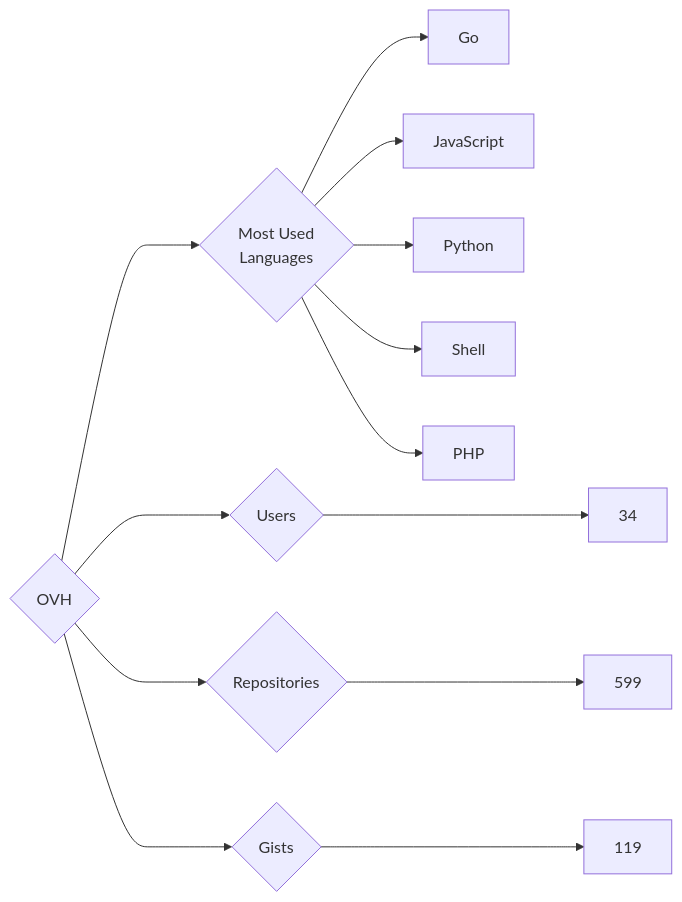
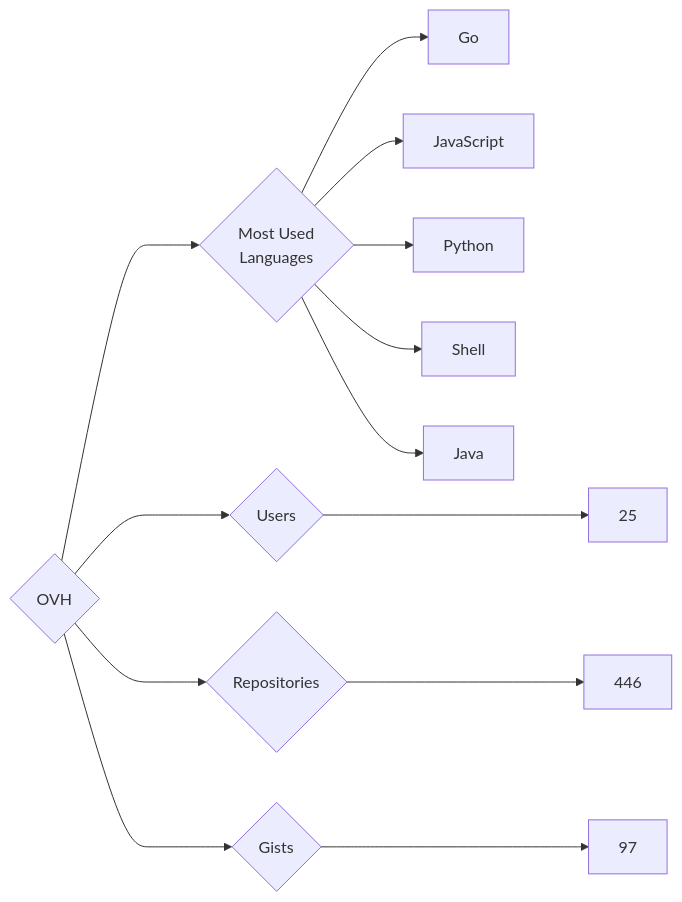
The diagram in targets/OVH/README.md (trickest/insiders), drawn with Mermaid before and after one commit. The commit also changed 912 other files, not shown here.

````diff
--- a/targets/OVH/README.md
+++ b/targets/OVH/README.md
@@ -3,13 +3,13 @@
 ```mermaid
 graph LR
 COMPANY_NAME{OVH}
-COMPANY_NAME ---> U{Users} ---> UN[34]
-COMPANY_NAME ---> R{Repositories} ---> RN[599]
-COMPANY_NAME ---> G{Gists} ---> GN[119]
+COMPANY_NAME ---> U{Users} ---> UN[25]
+COMPANY_NAME ---> R{Repositories} ---> RN[446]
+COMPANY_NAME ---> G{Gists} ---> GN[97]
 COMPANY_NAME ---> ML{Most Used<br>Languages}
 ML --> Go[Go]
 ML --> JavaScript[JavaScript]
 ML --> Python[Python]
 ML --> Shell[Shell]
-ML --> PHP[PHP]
+ML --> Java[Java]
 ```
````
